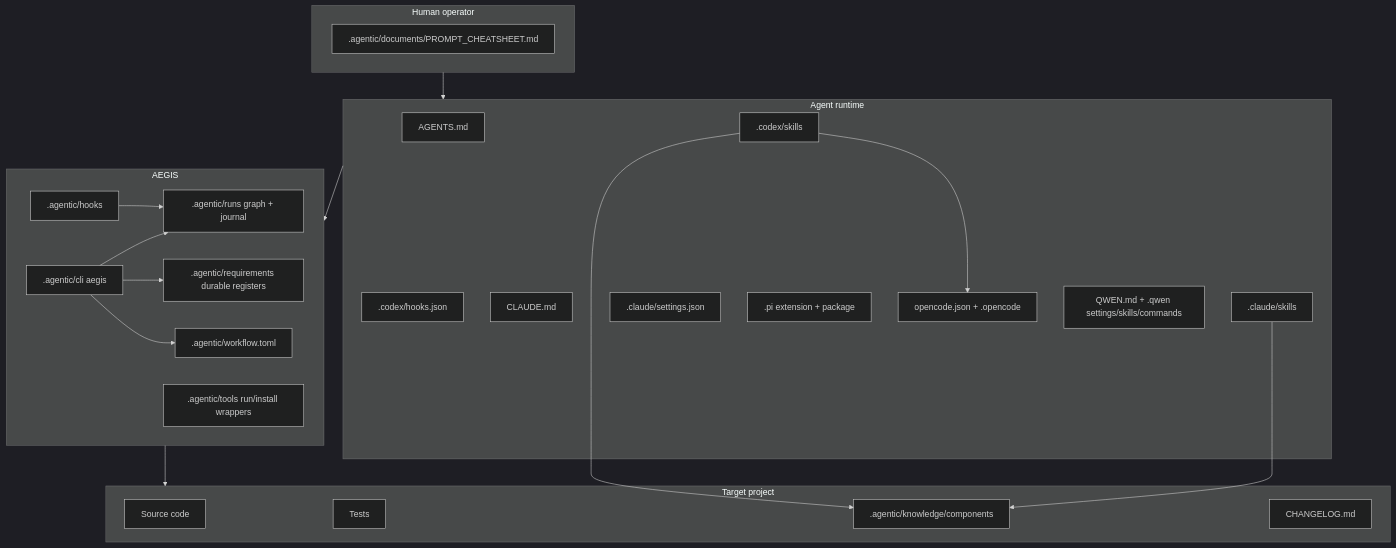
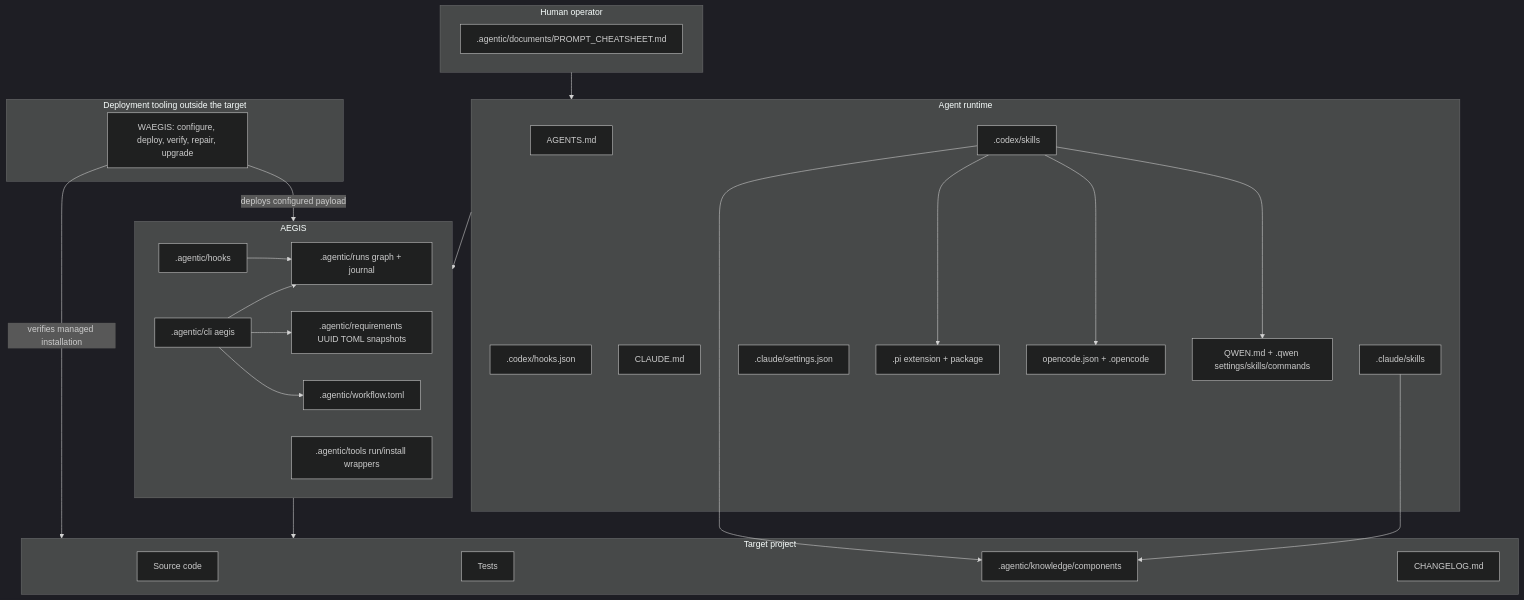
The first of 2 diagrams in 00_Planning/Agentic_Development_Architecture/Agentic_Development_Stack_Architecture.md (DDP-Engineering/Agentic_Engineering_Governance_Integrity_System), drawn with Mermaid (dark theme) before and after one commit. The commit also changed other lines of this file and 166 other files, not shown here.

````diff
--- a/00_Planning/Agentic_Development_Architecture/Agentic_Development_Stack_Architecture.md
+++ b/00_Planning/Agentic_Development_Architecture/Agentic_Development_Stack_Architecture.md
@@ -132,45 +162,53 @@
 ```mermaid
 flowchart TB
+  subgraph DEPLOYMENT["Deployment tooling outside the target"]
+    WAEGIS["WAEGIS: configure, deploy, verify, repair, upgrade"]
+  end
+
   subgraph TARGET["Target project"]
     SRC["Source code"]
     TESTS["Tests"]
     DOCS[".agentic/knowledge/components"]
     CHANGELOG["CHANGELOG.md"]
   end
 
   subgraph WF["AEGIS"]
     CLI[".agentic/cli aegis"]
     TOOLS[".agentic/tools run/install wrappers"]
     STATE[".agentic/runs graph + journal"]
-    REQS[".agentic/requirements durable registers"]
+    REQS[".agentic/requirements UUID TOML snapshots"]
     CONFIG[".agentic/workflow.toml"]
     HOOKS[".agentic/hooks"]
   end
 
   subgraph AGENT["Agent runtime"]
     AGENTS["AGENTS.md"]
     SKILLS[".codex/skills"]
     CODEXHOOKS[".codex/hooks.json"]
     CLAUDE["CLAUDE.md"]
     CLAUDESKILLS[".claude/skills"]
     CLAUDESETTINGS[".claude/settings.json"]
     PI[".pi extension + package"]
     OPENCODE["opencode.json + .opencode"]
     QWEN["QWEN.md + .qwen settings/skills/commands"]
   end
 
   subgraph HUMAN["Human operator"]
     PROMPTS[".agentic/documents/PROMPT_CHEATSHEET.md"]
   end
 
   AGENT --> WF
   HUMAN --> AGENT
+  WAEGIS -->|deploys configured payload| WF
+  WAEGIS -->|verifies managed installation| TARGET
   WF --> TARGET
   CLI --> STATE
   CLI --> REQS
   CLI --> CONFIG
   HOOKS --> STATE
   SKILLS --> DOCS
   CLAUDESKILLS --> DOCS
   SKILLS --> OPENCODE
+  SKILLS --> QWEN
+  SKILLS --> PI
 ```
````
